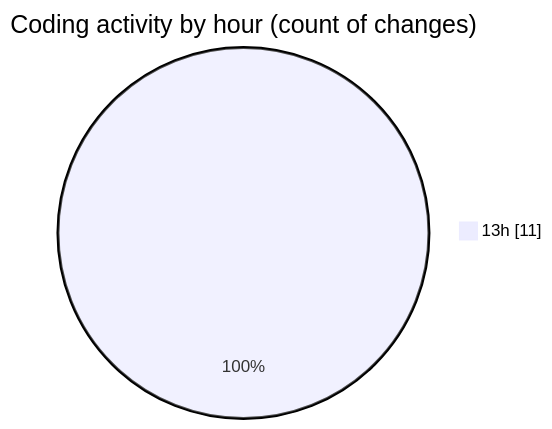
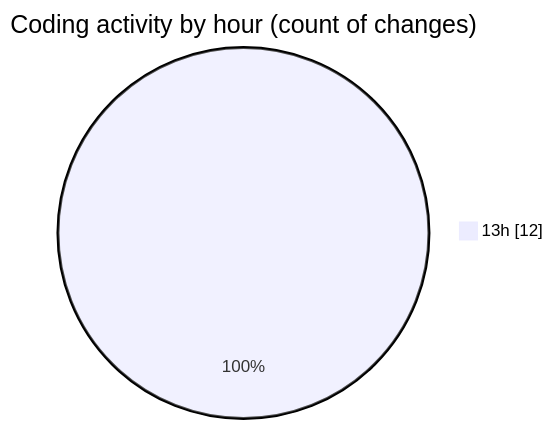
The second of 2 diagrams in 2025-06-16/studio-backend/README.md (idhammustaqopulfikri/code-tracking), drawn with Mermaid before and after one commit. The commit also changed other lines of this file and 1 other file, not shown here.

````diff
--- a/2025-06-16/studio-backend/README.md
+++ b/2025-06-16/studio-backend/README.md
@@ -32,5 +32,5 @@
 ```mermaid
 pie showData
 title Coding activity by hour (count of changes)
-"13h" : 11
+"13h" : 12
 ```
````
